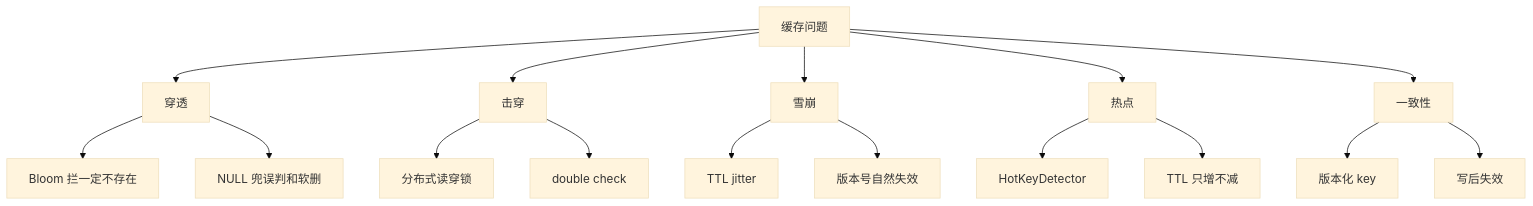
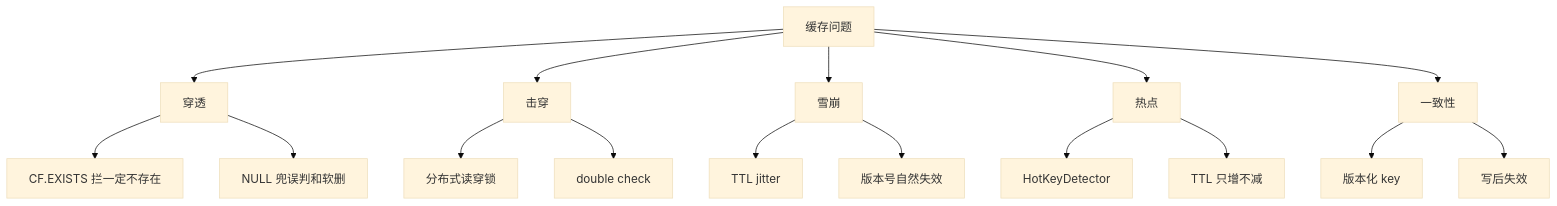
The third of 9 diagrams in docs/modules/09-热点缓存与多级缓存策略.md (bitladykiller/zhiguang_go), drawn with Mermaid (base theme) before and after one commit. The commit also changed other lines of this file and 12 other files, not shown here.

````diff
--- a/docs/modules/09-热点缓存与多级缓存策略.md
+++ b/docs/modules/09-热点缓存与多级缓存策略.md
@@ -261,19 +261,19 @@
 ```mermaid
 flowchart TD
     A[缓存问题] --> B[穿透]
     A --> C[击穿]
     A --> D[雪崩]
     A --> E[热点]
     A --> F[一致性]
 
-    B --> B1[Bloom 拦一定不存在]
+    B --> B1[CF.EXISTS 拦一定不存在]
     B --> B2[NULL 兜误判和软删]
     C --> C1[分布式读穿锁]
     C --> C2[double check]
     D --> D1[TTL jitter]
     D --> D2[版本号自然失效]
     E --> E1[HotKeyDetector]
     E --> E2[TTL 只增不减]
     F --> F1[版本化 key]
     F --> F2[写后失效]
 ```
````
